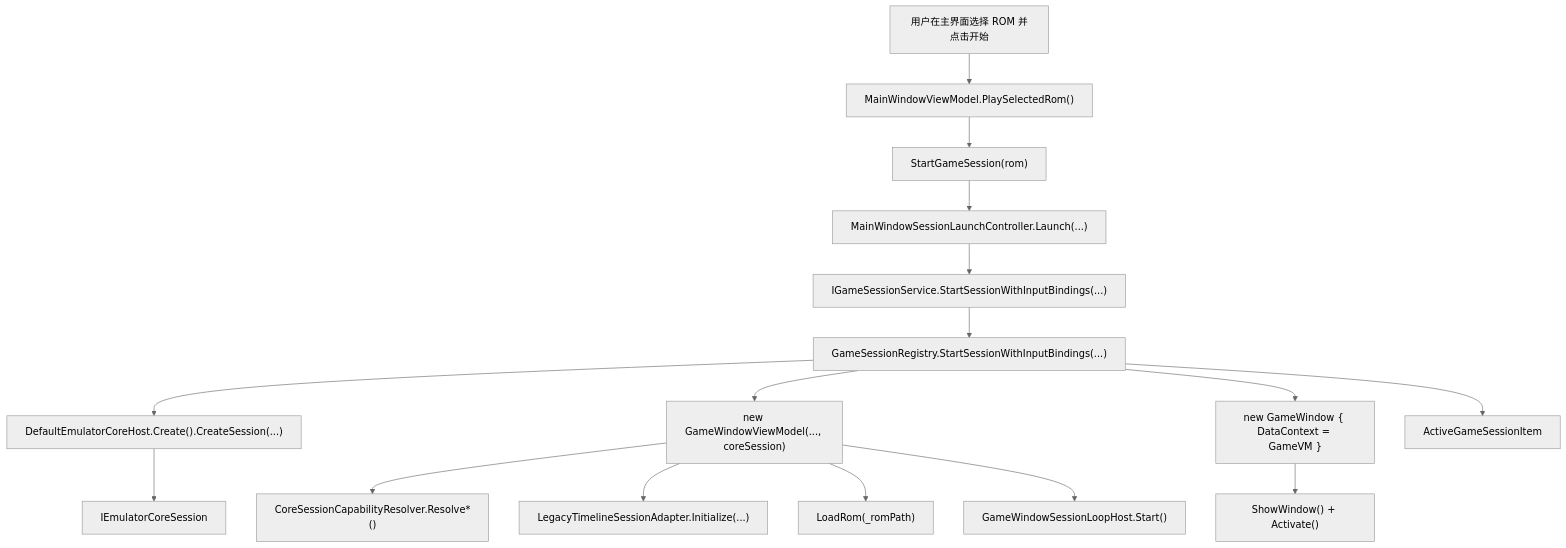
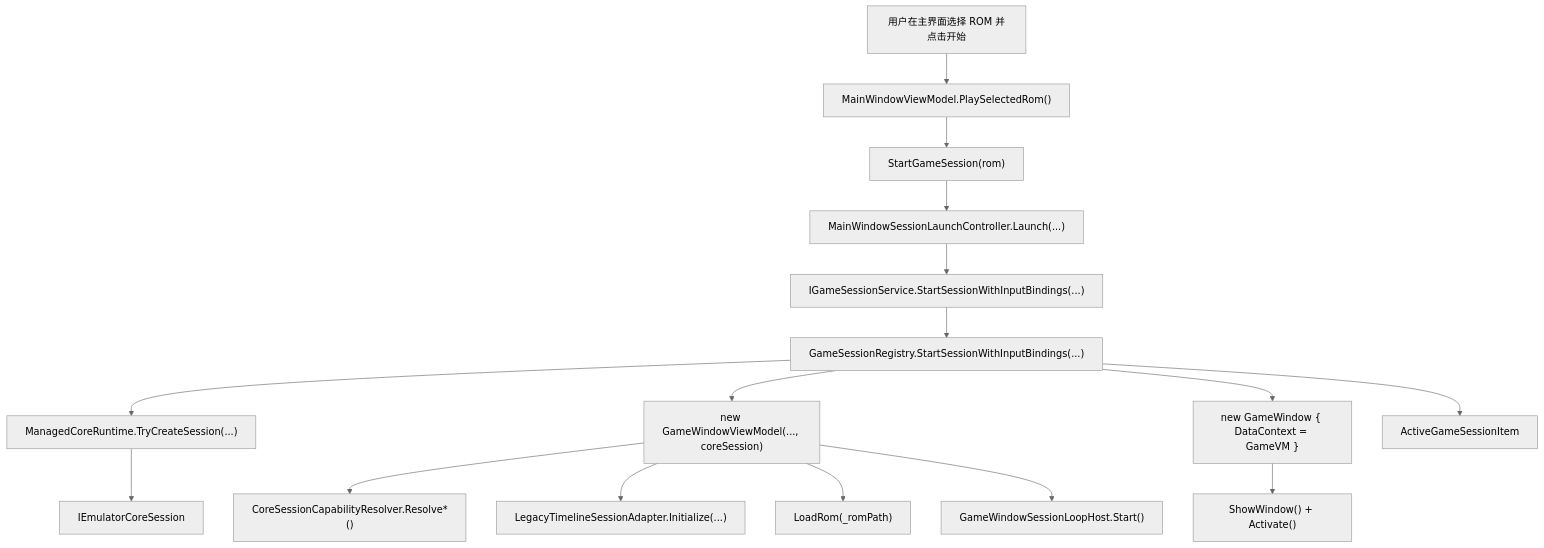
Before and after one commit to pxm-yls/FC-revolution: the fourth of 6 diagrams in docs/whats-new/FC-REVOLUTION-CURRENT-RUNTIME-FLOW.md, drawn with Mermaid (neutral theme). The commit also changed other lines of this file and 18 other files, not shown here.

````diff
--- a/docs/whats-new/FC-REVOLUTION-CURRENT-RUNTIME-FLOW.md
+++ b/docs/whats-new/FC-REVOLUTION-CURRENT-RUNTIME-FLOW.md
@@ -123,18 +117,18 @@
 ```mermaid
 flowchart TD
     User["用户在主界面选择 ROM 并点击开始"] --> Play["MainWindowViewModel.PlaySelectedRom()"]
     Play --> Start["StartGameSession(rom)"]
     Start --> LaunchCtl["MainWindowSessionLaunchController.Launch(...)"]
     LaunchCtl --> GameSvc["IGameSessionService.StartSessionWithInputBindings(...)"]
     GameSvc --> Registry["GameSessionRegistry.StartSessionWithInputBindings(...)"]
-    Registry --> Host["DefaultEmulatorCoreHost.Create().CreateSession(...)"]
+    Registry --> Host["ManagedCoreRuntime.TryCreateSession(...)"]
     Host --> CoreSession["IEmulatorCoreSession"]
     Registry --> GameVM["new GameWindowViewModel(..., coreSession)"]
     GameVM --> Capabilities["CoreSessionCapabilityResolver.Resolve*()"]
     GameVM --> Timeline["LegacyTimelineSessionAdapter.Initialize(...)"]
     GameVM --> LoadRom["LoadRom(_romPath)"]
     GameVM --> Loop["GameWindowSessionLoopHost.Start()"]
     Registry --> GameWindow["new GameWindow { DataContext = GameVM }"]
     Registry --> SessionItem["ActiveGameSessionItem"]
     GameWindow --> Visible["ShowWindow() + Activate()"]
 ```
````
